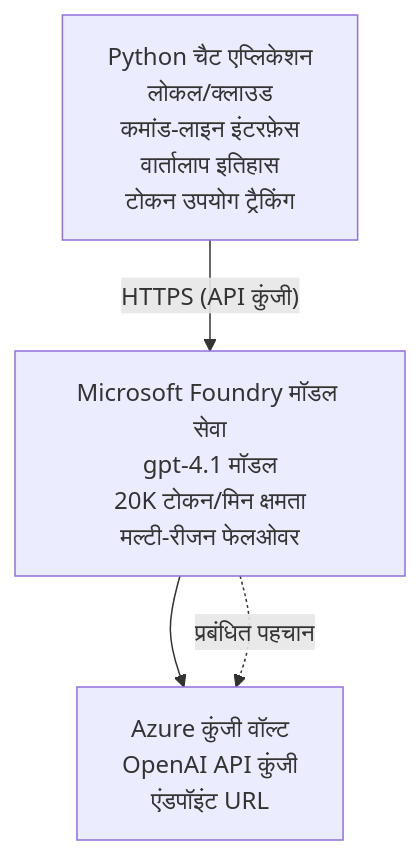
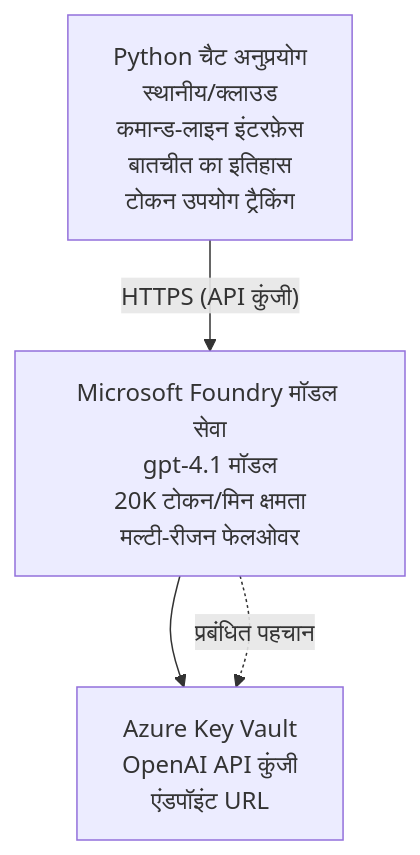
One commit to microsoft/AZD-for-beginners changed the diagram in translations/hi/examples/azure-openai-chat/README.md. Above: the diagram before and after it, drawn with Mermaid. The commit also changed other lines of this file and 104 other files, not shown here.

````diff
--- a/translations/hi/examples/azure-openai-chat/README.md
+++ b/translations/hi/examples/azure-openai-chat/README.md
@@ -26,6 +26,6 @@
 ```mermaid
 graph TD
-    App[Python चैट एप्लिकेशन<br/>लोकल/क्लाउड<br/>कमांड-लाइन इंटरफ़ेस<br/>वार्तालाप इतिहास<br/>टोकन उपयोग ट्रैकिंग] -- "HTTPS (API कुंजी)" --> Foundry[Microsoft Foundry मॉडल सेवा<br/>gpt-4.1 मॉडल<br/>20K टोकन/मिन क्षमता<br/>मल्टी-रीजन फेलओवर]
-    Foundry --> KV[Azure कुंजी वॉल्ट<br/>OpenAI API कुंजी<br/>एंडपॉइंट URL]
+    App[Python चैट अनुप्रयोग<br/>स्थानीय/क्लाउड<br/>कमान्ड-लाइन इंटरफ़ेस<br/>बातचीत का इतिहास<br/>टोकन उपयोग ट्रैकिंग] -- "HTTPS (API कुंजी)" --> Foundry[Microsoft Foundry मॉडल सेवा<br/>gpt-4.1 मॉडल<br/>20K टोकन/मिन क्षमता<br/>मल्टी-रीजन फेलओवर]
+    Foundry --> KV[Azure Key Vault<br/>OpenAI API कुंजी<br/>एंडपॉइंट URL]
     Foundry -. प्रबंधित पहचान .-> KV
 ```
````
